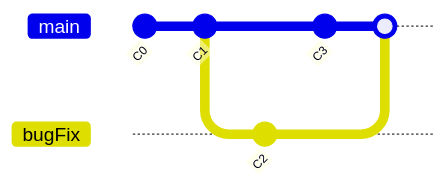
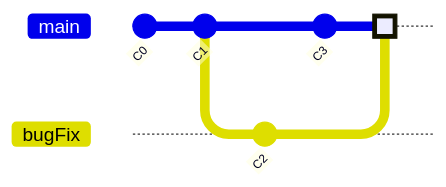
The third of 11 diagrams in slides.md (heng1025/git-slides), drawn with Mermaid before and after one commit. The commit also changed other lines of this file and 1 other file, not shown here.

````diff
--- a/slides.md
+++ b/slides.md
@@ -85,10 +85,10 @@
 ```mermaid
 gitGraph
   commit id: "C0"
   commit id: "C1"
   branch bugFix
   commit id: "C2"
   checkout main
   commit id: "C3"
-  merge bugFix
+  merge bugFix type: HIGHLIGHT
 ```
````
